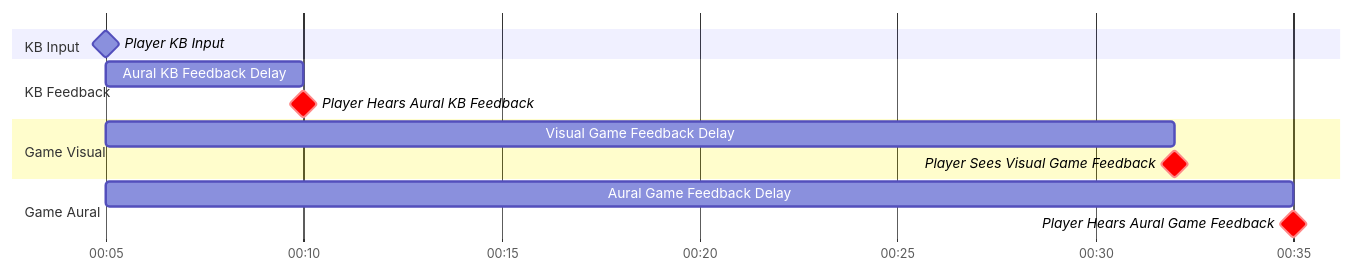
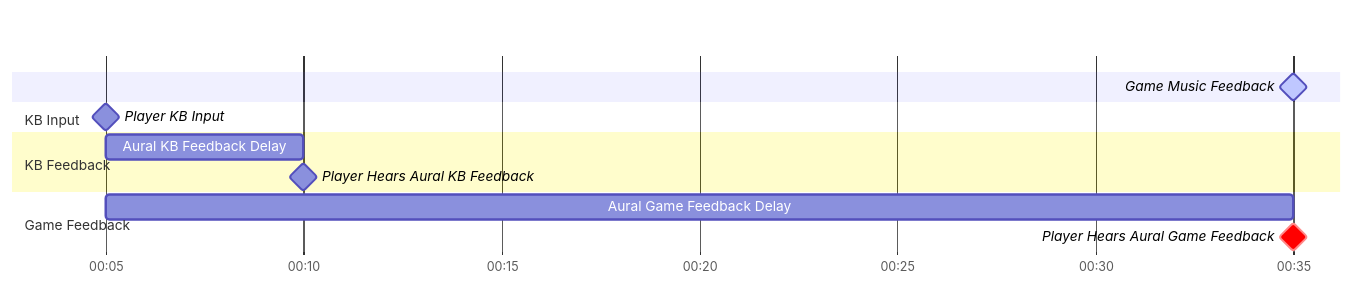
Before and after one commit to Eve-ning/Eve-ning.github.io: the second of 14 diagrams in _posts/2024-10-04-hitsounds.md, drawn with Mermaid. The commit also changed other lines of this file, not shown here.

````diff
--- a/_posts/2024-10-04-hitsounds.md
+++ b/_posts/2024-10-04-hitsounds.md
@@ -87,19 +116,17 @@
 ```mermaid
 gantt
   dateFormat mm:ss
   axisFormat %M:%S
+
+  Game Music Feedback: active, milestone, 00:35,
   section KB Input
     Player KB Input: milestone, 00:05,
 
   section KB Feedback
     Aural KB Feedback Delay: 00:05, 00:10
-    Player Hears Aural KB Feedback: crit, milestone, 00:10,
+    Player Hears Aural KB Feedback: milestone, 00:10,
 
-  section Game Visual
-    Visual Game Feedback Delay: 00:05, 00:32
-    Player Sees Visual Game Feedback: crit, milestone, 00:32,
-
-  section Game Aural
+  section Game Feedback
     Aural Game Feedback Delay: 00:05, 00:35
     Player Hears Aural Game Feedback: crit, milestone, 00:35,
 ```
````
